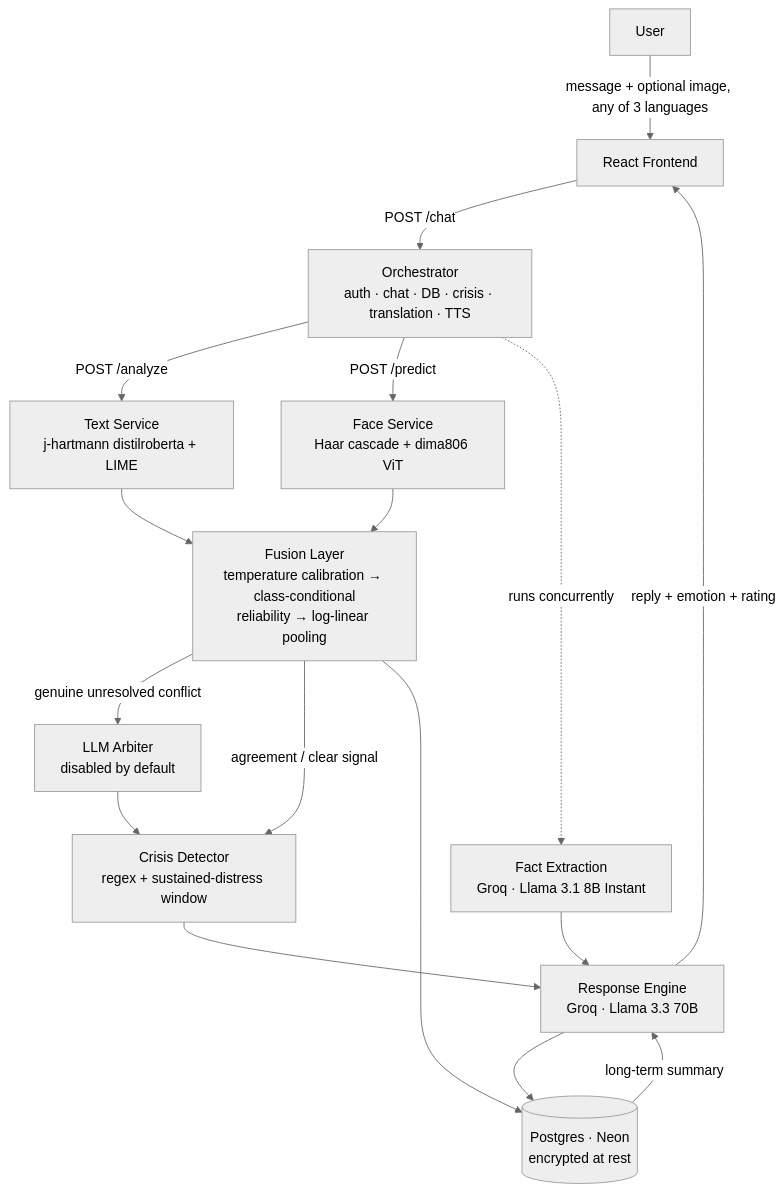
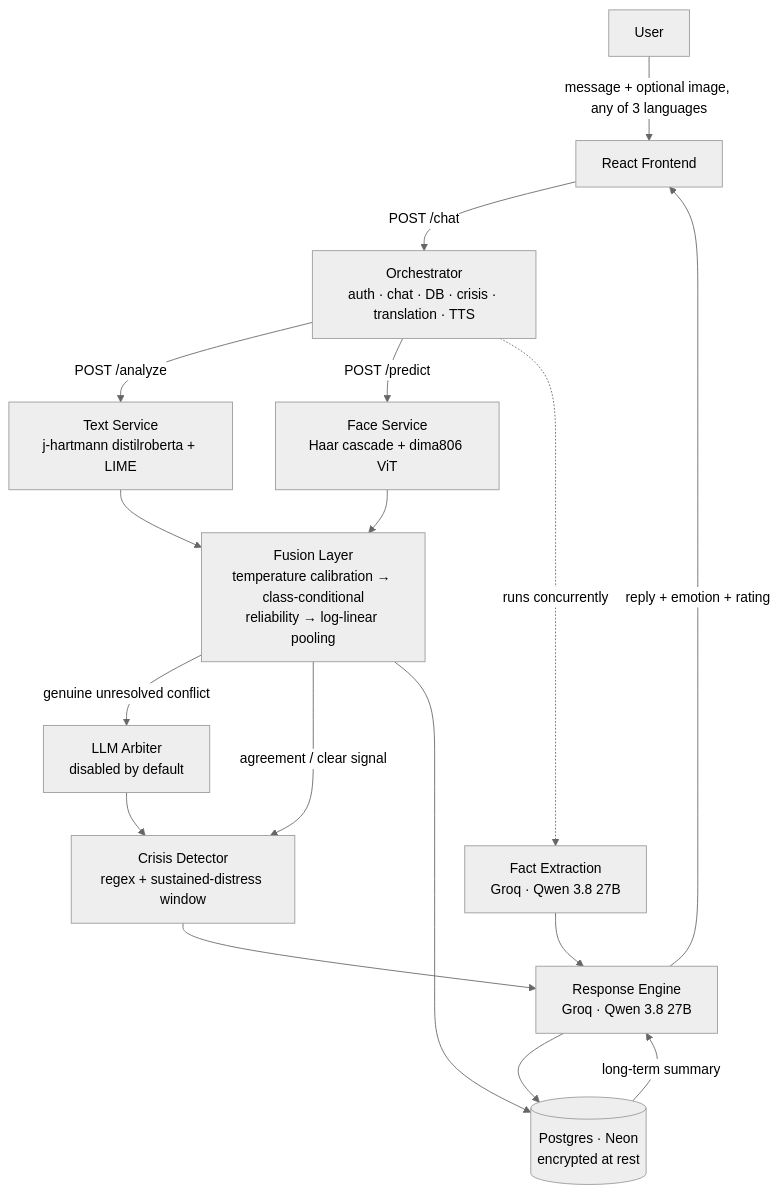
Before and after one commit to Aadithyaar22/MoodScript: the diagram in README.md, drawn with Mermaid (neutral theme). The commit also changed other lines of this file and 2 other files, not shown here.

````diff
--- a/README.md
+++ b/README.md
@@ -112,19 +112,19 @@
 ```mermaid
 flowchart TD
     U[User] -->|message + optional image, any of 3 languages| FE[React Frontend]
     FE -->|POST /chat| API[Orchestrator<br/>auth · chat · DB · crisis · translation · TTS]
     API -->|POST /analyze| TXT[Text Service<br/>j-hartmann distilroberta + LIME]
     API -->|POST /predict| FACE[Face Service<br/>Haar cascade + dima806 ViT]
     TXT --> FUSE[Fusion Layer<br/>temperature calibration → class-conditional<br/>reliability → log-linear pooling]
     FACE --> FUSE
     FUSE -->|genuine unresolved conflict| ARB[LLM Arbiter<br/>disabled by default]
     ARB --> CRISIS
     FUSE -->|agreement / clear signal| CRISIS[Crisis Detector<br/>regex + sustained-distress window]
-    CRISIS --> LLM[Response Engine<br/>Groq · Llama 3.3 70B]
-    API -.->|runs concurrently| EXTRACT[Fact Extraction<br/>Groq · Llama 3.1 8B Instant]
+    CRISIS --> LLM[Response Engine<br/>Groq · Qwen 3.8 27B]
+    API -.->|runs concurrently| EXTRACT[Fact Extraction<br/>Groq · Qwen 3.8 27B]
     EXTRACT --> LLM
     LLM --> DB[(Postgres · Neon<br/>encrypted at rest)]
     FUSE --> DB
     DB -->|long-term summary| LLM
     LLM -->|reply + emotion + rating| FE
 ```
````
